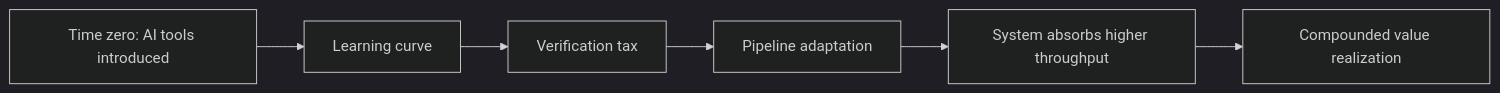
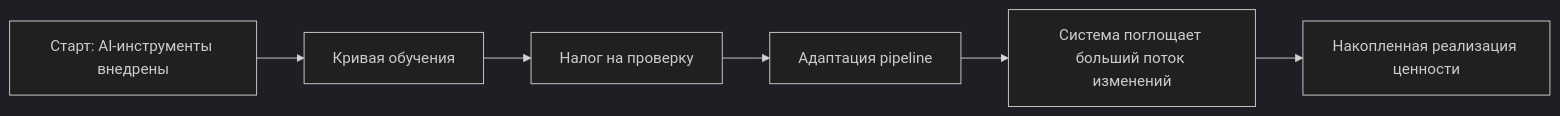
Before and after one commit to VladimirSemenyuk/KnowledgeOS: the first of 3 diagrams in Frameworks/ai-transformation/dora-roi-of-ai-assisted-software-development-2026.md, drawn with Mermaid (dark theme). The commit also changed other lines of this file and 3 other files, not shown here.

````diff
--- a/Frameworks/ai-transformation/dora-roi-of-ai-assisted-software-development-2026.md
+++ b/Frameworks/ai-transformation/dora-roi-of-ai-assisted-software-development-2026.md
@@ -134,8 +134,8 @@
 ```mermaid
 flowchart LR
-    A["Time zero: AI tools introduced"] --> B["Learning curve"]
-    B --> C["Verification tax"]
-    C --> D["Pipeline adaptation"]
-    D --> E["System absorbs higher throughput"]
-    E --> F["Compounded value realization"]
+    A["Старт: AI-инструменты внедрены"] --> B["Кривая обучения"]
+    B --> C["Налог на проверку"]
+    C --> D["Адаптация pipeline"]
+    D --> E["Система поглощает больший поток изменений"]
+    E --> F["Накопленная реализация ценности"]
 ```
````
